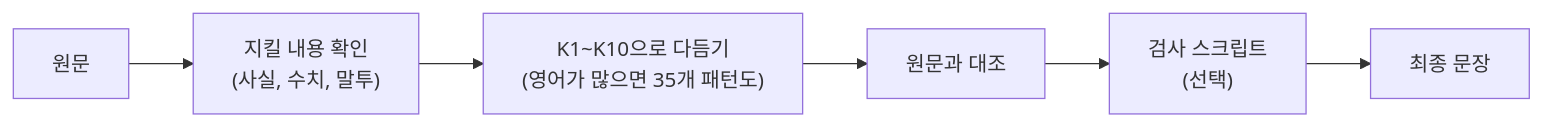
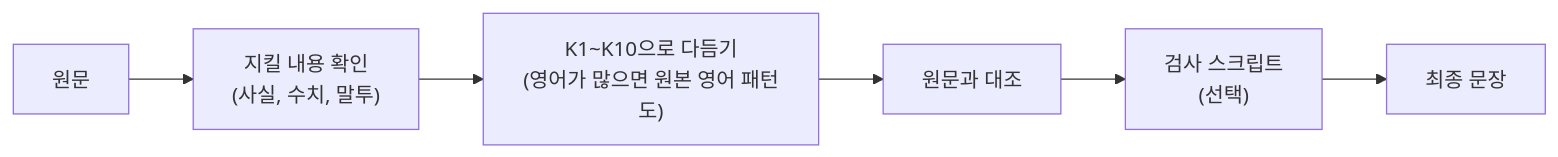
The diagram in README.md (choconyam/humanizer-ko), drawn with Mermaid before and after one commit. The commit also changed other lines of this file and 12 other files, not shown here.

````diff
--- a/README.md
+++ b/README.md
@@ -91,8 +91,8 @@
 ```mermaid
 flowchart LR
     S["원문"] --> K["지킬 내용 확인<br>(사실, 수치, 말투)"]
-    K --> R["K1~K10으로 다듬기<br>(영어가 많으면 35개 패턴도)"]
+    K --> R["K1~K10으로 다듬기<br>(영어가 많으면 원본 영어 패턴도)"]
     R --> C["원문과 대조"]
     C --> V["검사 스크립트<br>(선택)"]
     V --> O["최종 문장"]
 ```
````
